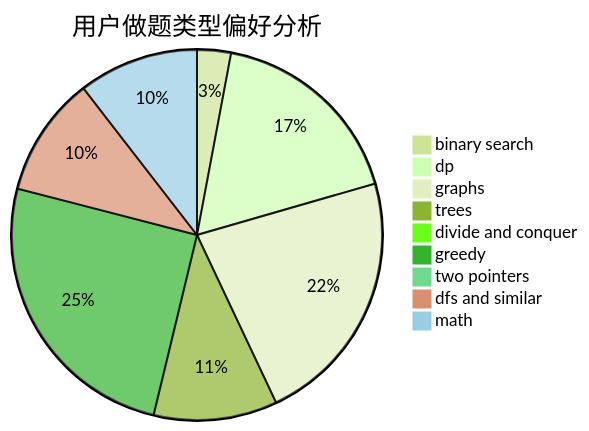
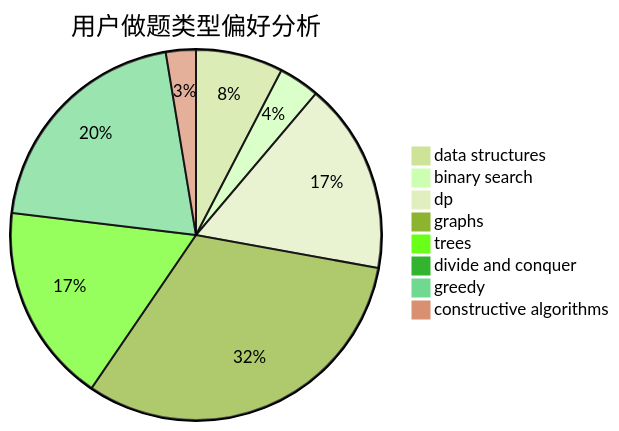
The second of 3 diagrams in docs/user/u336.md (sherpahu/cfrs.github.io), drawn with Mermaid (forest theme) before and after one commit. The commit also changed other lines of this file and 2775 other files, not shown here.

````diff
--- a/docs/user/u336.md
+++ b/docs/user/u336.md
@@ -23,12 +23,11 @@
 ```mermaid
 pie title 用户做题类型偏好分析
-    "binary search" :  20
-    "dp" :  119
-    "graphs" :  152
+    "data structures" :  32
+    "binary search" :  15
+    "dp" :  70
+    "graphs" :  133
     "trees" :  73
     "divide and conquer" :  0
-    "greedy" :  171
-    "two pointers" :  4
-    "dfs and similar" :  71
-    "math" :  71
+    "greedy" :  86
+    "constructive algorithms" :  11
 ```
````
